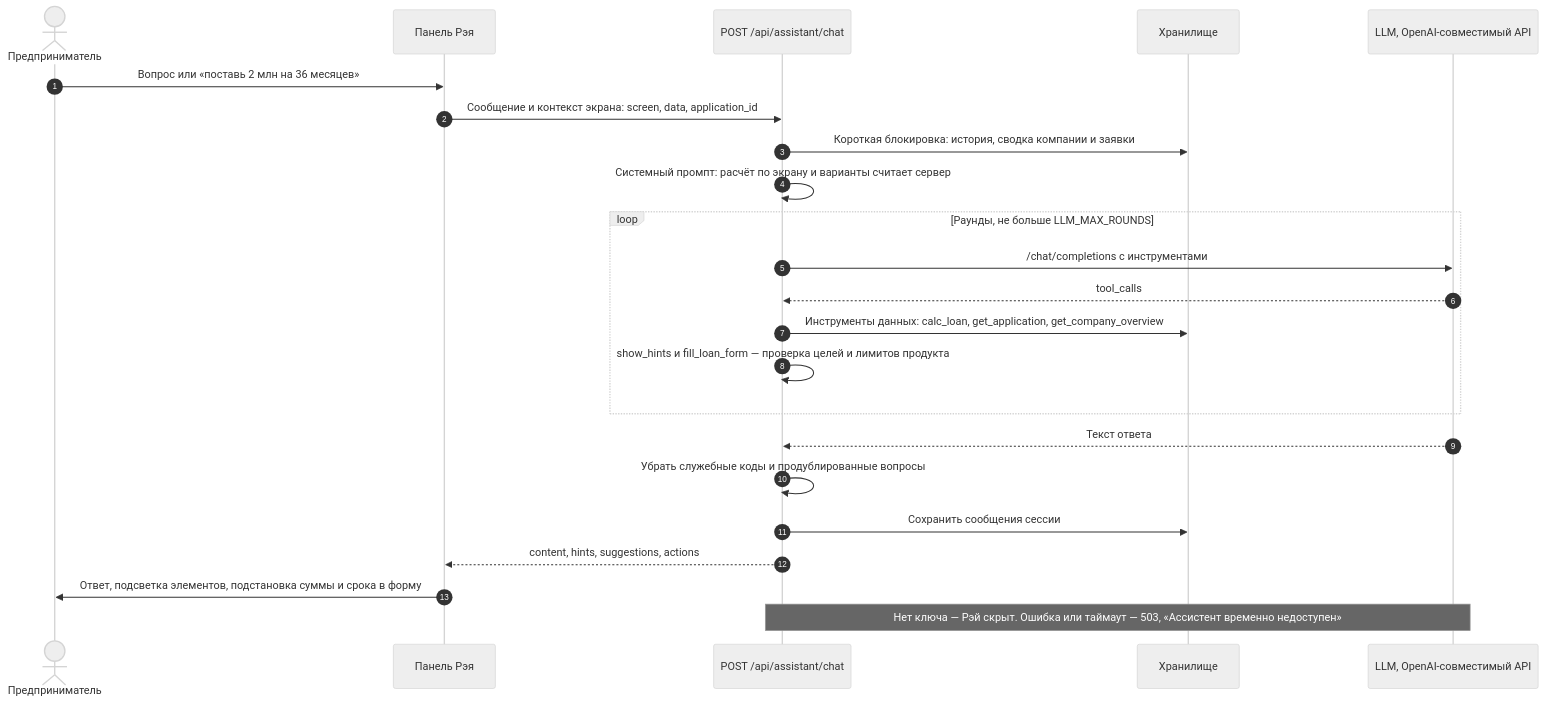
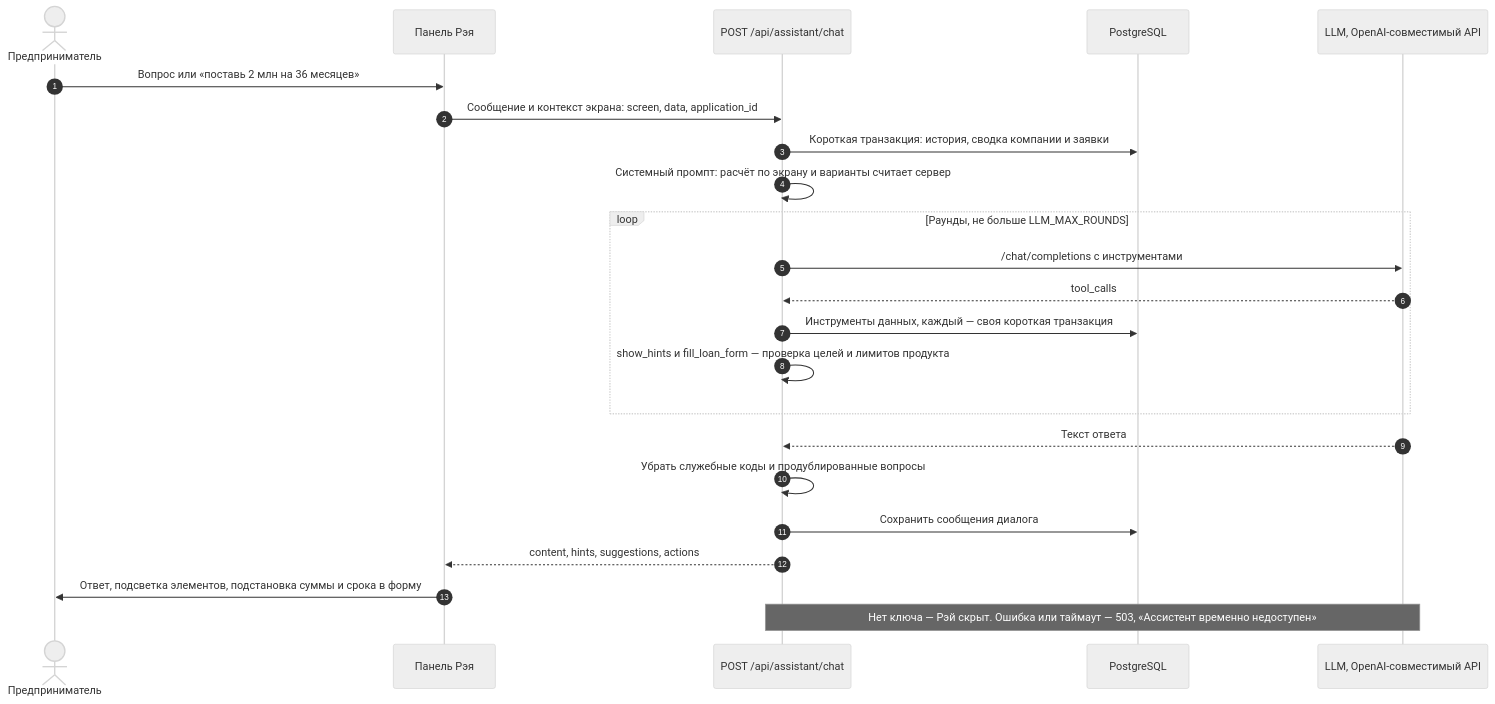
One commit to hugecatdev/alpharay changed the seventh of 8 diagrams in docs/architecture.md. Above: the diagram before and after it, drawn with Mermaid (neutral theme). The commit also changed other lines of this file and 88 other files, not shown here.

````diff
--- a/docs/architecture.md
+++ b/docs/architecture.md
@@ -227,26 +285,26 @@
 ```mermaid
 sequenceDiagram
     autonumber
     actor C as Предприниматель
     participant P as Панель Рэя
     participant API as POST /api/assistant/chat
-    participant ST as Хранилище
+    participant DB as PostgreSQL
     participant LLM as LLM, OpenAI-совместимый API
 
     C->>P: Вопрос или «поставь 2 млн на 36 месяцев»
     P->>API: Сообщение и контекст экрана: screen, data, application_id
-    API->>ST: Короткая блокировка: история, сводка компании и заявки
+    API->>DB: Короткая транзакция: история, сводка компании и заявки
     API->>API: Системный промпт: расчёт по экрану и варианты считает сервер
     loop Раунды, не больше LLM_MAX_ROUNDS
         API->>LLM: /chat/completions с инструментами
         LLM-->>API: tool_calls
-        API->>ST: Инструменты данных: calc_loan, get_application, get_company_overview
+        API->>DB: Инструменты данных, каждый — своя короткая транзакция
         API->>API: show_hints и fill_loan_form — проверка целей и лимитов продукта
     end
     LLM-->>API: Текст ответа
     API->>API: Убрать служебные коды и продублированные вопросы
-    API->>ST: Сохранить сообщения сессии
+    API->>DB: Сохранить сообщения диалога
     API-->>P: content, hints, suggestions, actions
     P->>C: Ответ, подсветка элементов, подстановка суммы и срока в форму
     Note over API,LLM: Нет ключа — Рэй скрыт. Ошибка или таймаут — 503, «Ассистент временно недоступен»
 ```
````
